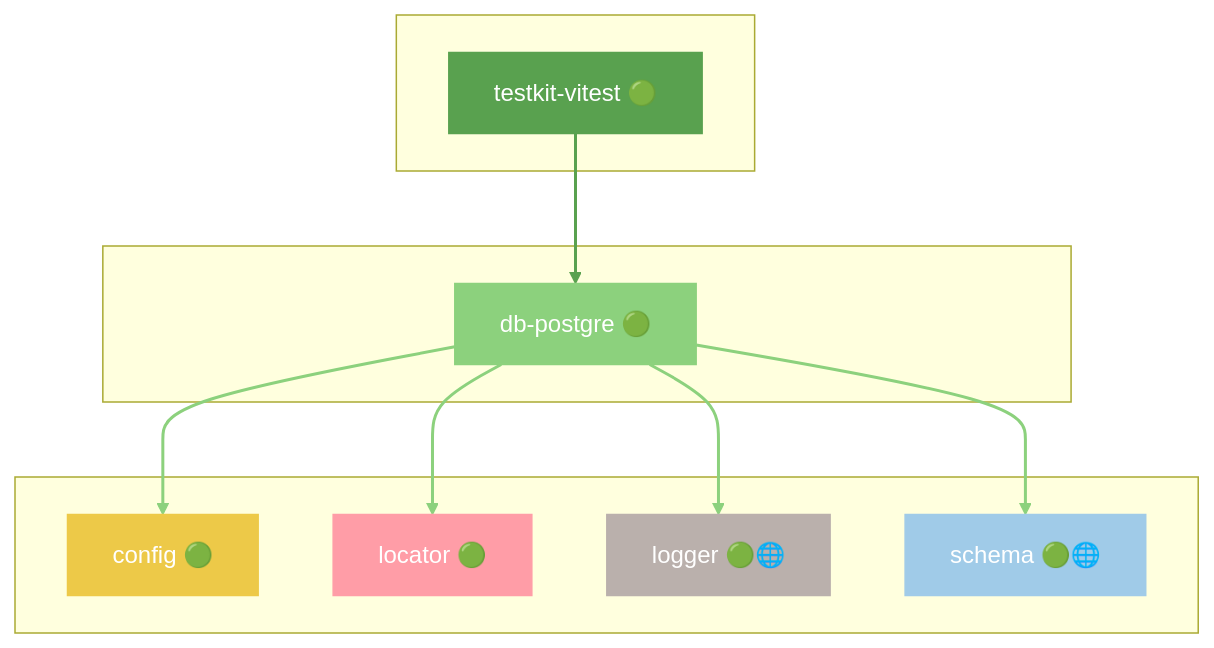
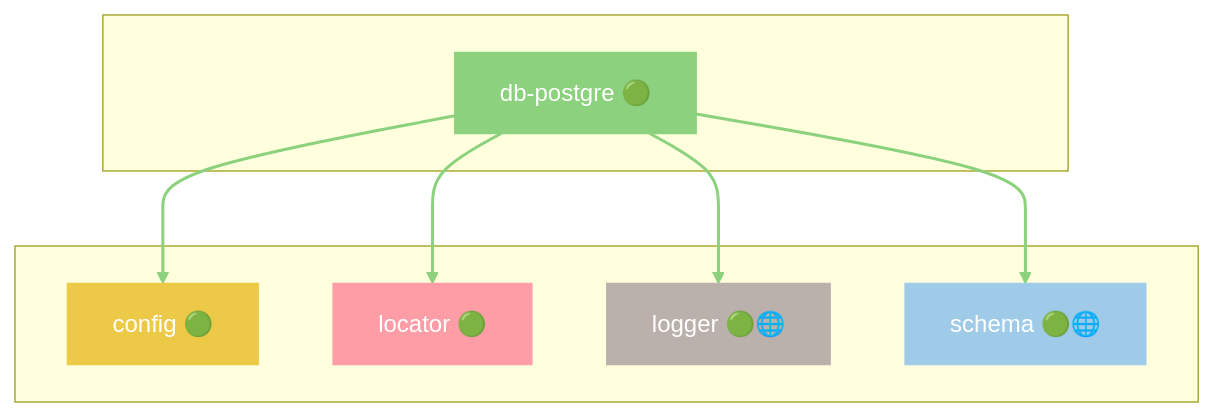
Diagram 13 of 45 in docs/DEPENDENCIES.md (grest-ts/grest-ts), drawn with Mermaid before and after one commit. The commit also changed other lines of this file and 46 other files, not shown here.

````diff
--- a/docs/DEPENDENCIES.md
+++ b/docs/DEPENDENCIES.md
@@ -793,31 +761,25 @@
 ```mermaid
 flowchart TB
-    subgraph Dependents[" "]
-        testkit-vitest["testkit-vitest 🟢"]
-    end
     subgraph Package[" "]
         db-postgre["db-postgre 🟢"]
     end
     subgraph Dependencies[" "]
         config["config 🟢"]
         locator["locator 🟢"]
         logger["logger 🟢🌐"]
         schema["schema 🟢🌐"]
     end
-    testkit-vitest --> db-postgre
     db-postgre --> config
     db-postgre --> locator
     db-postgre --> logger
     db-postgre --> schema
     style db-postgre fill:#8CD17D,stroke:#8CD17D,color:#fff
-    style testkit-vitest fill:#59A14F,stroke:#59A14F,color:#fff
     style config fill:#EDC948,stroke:#EDC948,color:#fff
     style locator fill:#FF9DA7,stroke:#FF9DA7,color:#fff
     style logger fill:#BAB0AC,stroke:#BAB0AC,color:#fff
     style schema fill:#A0CBE8,stroke:#A0CBE8,color:#fff
-    linkStyle 0 stroke:#59A14F,stroke-width:2px
+    linkStyle 0 stroke:#8CD17D,stroke-width:2px
     linkStyle 1 stroke:#8CD17D,stroke-width:2px
     linkStyle 2 stroke:#8CD17D,stroke-width:2px
     linkStyle 3 stroke:#8CD17D,stroke-width:2px
-    linkStyle 4 stroke:#8CD17D,stroke-width:2px
 ```
````
